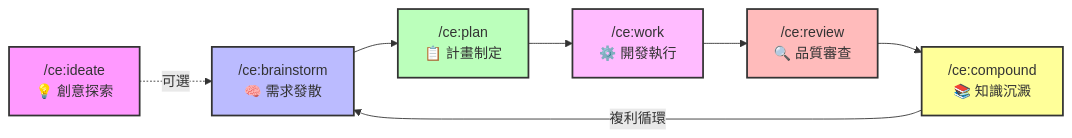
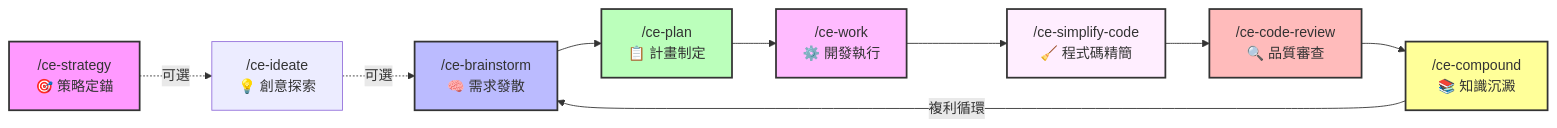
The fourth of 14 diagrams in content/posts/教學/AI開發/Compound Engineering 教學手冊.md (chihhung/Blog), drawn with Mermaid before and after one commit. The commit also changed other lines of this file and 22 other files, not shown here.

````diff
--- a/content/posts/教學/AI開發/Compound Engineering 教學手冊.md
+++ b/content/posts/教學/AI開發/Compound Engineering 教學手冊.md
@@ -641,16 +669,19 @@
 ```mermaid
 graph LR
-    I["/ce:ideate<br/>💡 創意探索"] -.->|可選| B["/ce:brainstorm<br/>🧠 需求發散"]
-    B --> P["/ce:plan<br/>📋 計畫制定"]
-    P --> W["/ce:work<br/>⚙️ 開發執行"]
-    W --> R["/ce:review<br/>🔍 品質審查"]
-    R --> C["/ce:compound<br/>📚 知識沉澱"]
+    S["/ce-strategy<br/>🎯 策略定錨"] -.->|可選| I["/ce-ideate<br/>💡 創意探索"]
+    I -.->|可選| B["/ce-brainstorm<br/>🧠 需求發散"]
+    B --> P["/ce-plan<br/>📋 計畫制定"]
+    P --> W["/ce-work<br/>⚙️ 開發執行"]
+    W --> SC["/ce-simplify-code<br/>🧹 程式碼精簡"]
+    SC --> R["/ce-code-review<br/>🔍 品質審查"]
+    R --> C["/ce-compound<br/>📚 知識沉澱"]
     C -->|複利循環| B
 
-    style I fill:#f9f,stroke:#333,stroke-width:2px
+    style S fill:#f9f,stroke:#333,stroke-width:2px
     style B fill:#bbf,stroke:#333,stroke-width:2px
     style P fill:#bfb,stroke:#333,stroke-width:2px
     style W fill:#fbf,stroke:#333,stroke-width:2px
+    style SC fill:#fef,stroke:#333,stroke-width:2px
     style R fill:#fbb,stroke:#333,stroke-width:2px
     style C fill:#ff9,stroke:#333,stroke-width:2px
 ```
````
